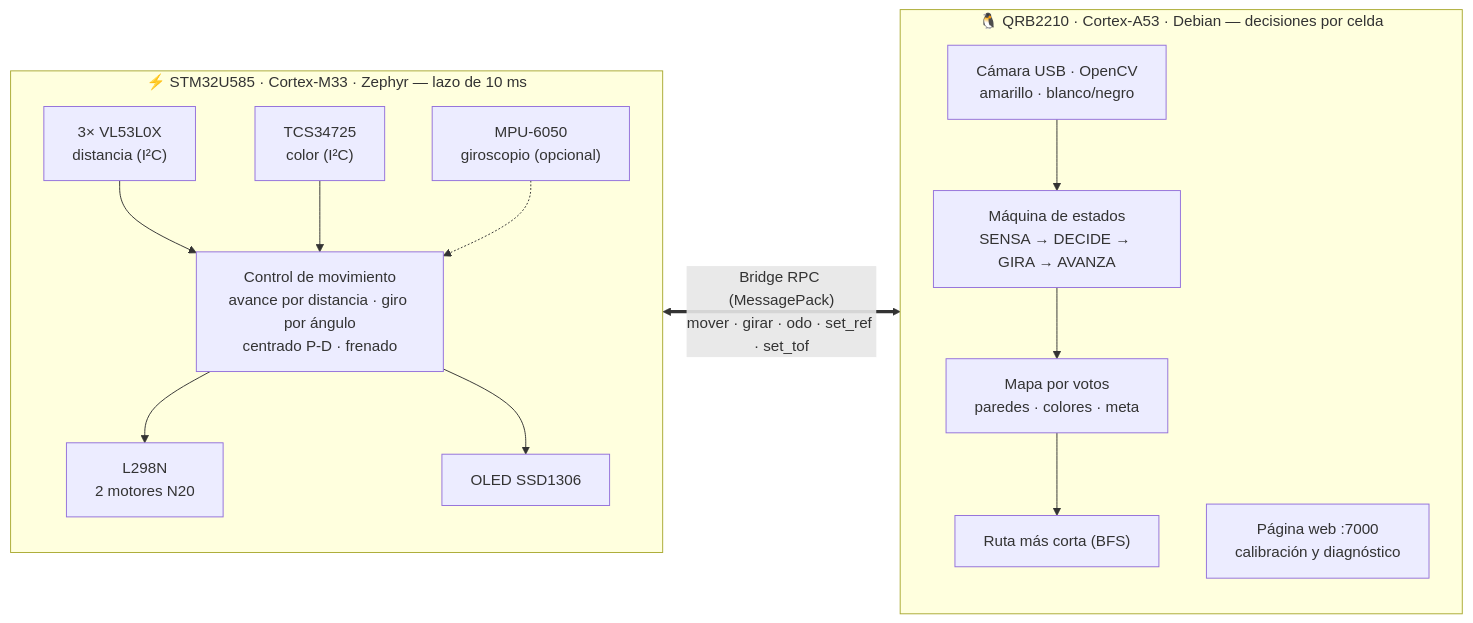
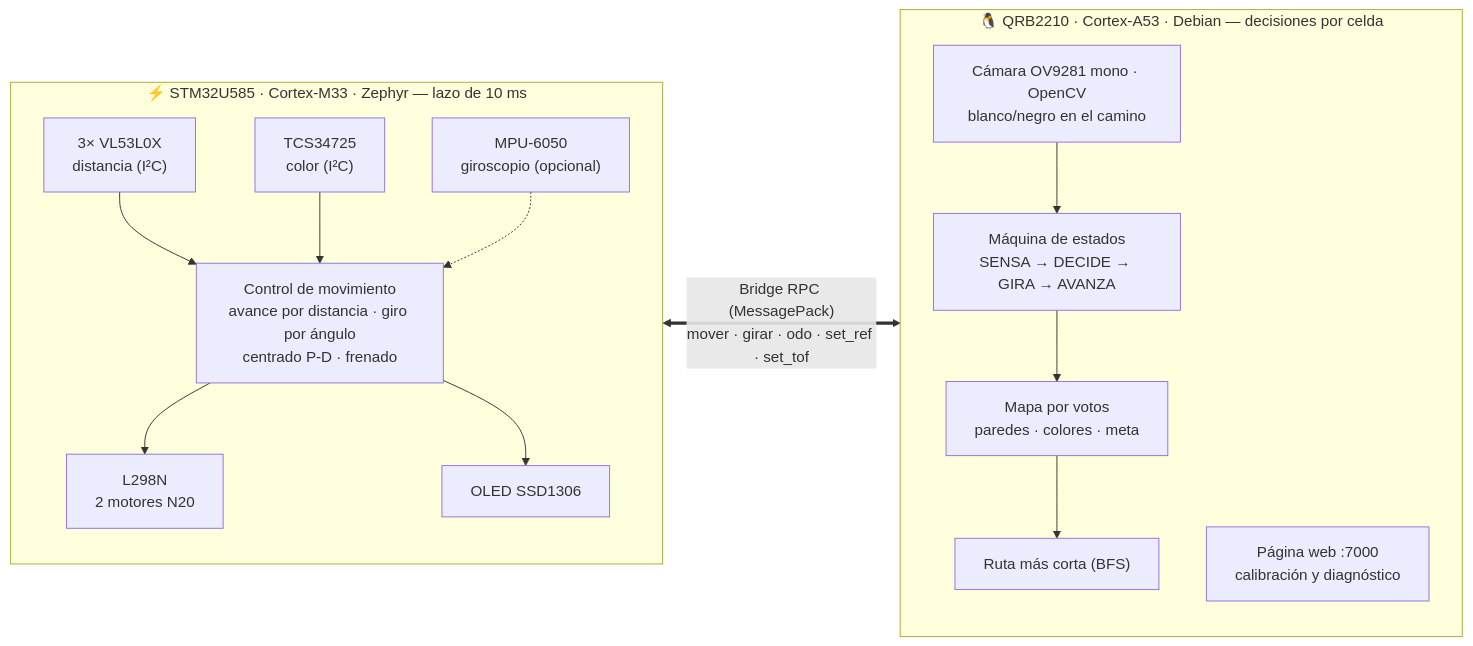
Before and after one commit to Happenedspice17/sumo-v-ia: the first of 2 diagrams in README.md, drawn with Mermaid. The commit also changed other lines of this file and 11 other files, not shown here.

First line of the commit message:
Cámara monocromática: quita la búsqueda de amarillo, blanco por umbral de gris

````diff
--- a/README.md
+++ b/README.md
@@ -62,19 +62,19 @@
 ```mermaid
 flowchart LR
     subgraph RT["⚡ STM32U585 · Cortex-M33 · Zephyr — lazo de 10 ms"]
         direction TB
         TOF["3× VL53L0X<br/>distancia (I²C)"] --> CTRL
         TCS["TCS34725<br/>color (I²C)"] --> CTRL
         MPU["MPU-6050<br/>giroscopio (opcional)"] -.-> CTRL
         CTRL["Control de movimiento<br/>avance por distancia · giro por ángulo<br/>centrado P-D · frenado"] --> MOT["L298N<br/>2 motores N20"]
         CTRL --> OLED["OLED SSD1306"]
     end
     subgraph AP["🐧 QRB2210 · Cortex-A53 · Debian — decisiones por celda"]
         direction TB
         FSM["Máquina de estados<br/>SENSA → DECIDE → GIRA → AVANZA"] --> MAPA["Mapa por votos<br/>paredes · colores · meta"]
         MAPA --> BFS["Ruta más corta (BFS)"]
-        CAM["Cámara USB · OpenCV<br/>amarillo · blanco/negro"] --> FSM
+        CAM["Cámara OV9281 mono · OpenCV<br/>blanco/negro en el camino"] --> FSM
         WEB["Página web :7000<br/>calibración y diagnóstico"]
     end
     CTRL <== "Bridge RPC (MessagePack)<br/>mover · girar · odo · set_ref · set_tof" ==> FSM
 ```
````
